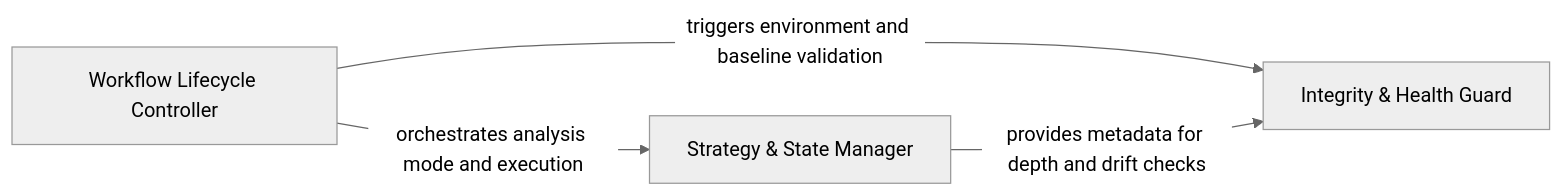
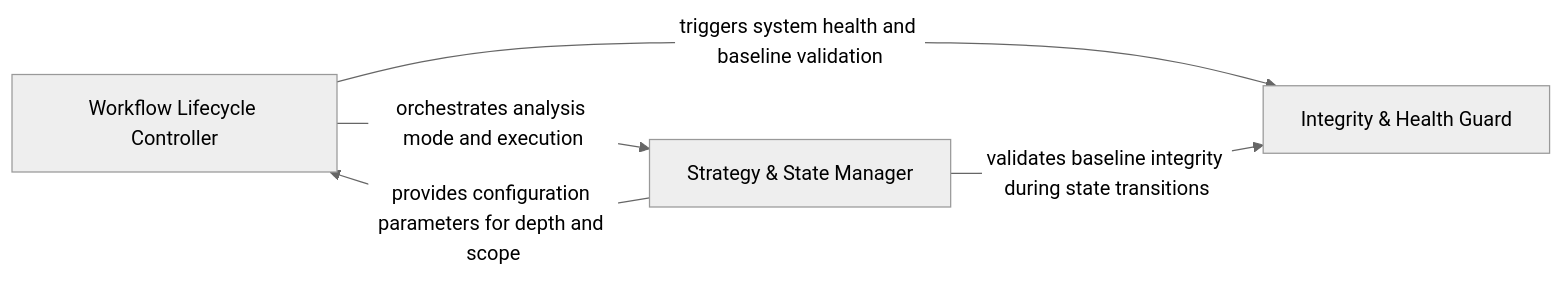
Before and after one commit to CodeBoarding/CodeBoarding-action: the diagram in .codeboarding/Analysis_Orchestrator.md, drawn with Mermaid (neutral theme). The commit also changed other lines of this file and 8 other files, not shown here.

Commit message:
chore(codeboarding): sync architecture baseline

````diff
--- a/.codeboarding/Analysis_Orchestrator.md
+++ b/.codeboarding/Analysis_Orchestrator.md
@@ -1,9 +1,10 @@
 ```mermaid
 graph LR
     Workflow_Lifecycle_Controller["Workflow Lifecycle Controller"]
     Strategy_State_Manager["Strategy & State Manager"]
     Integrity_Health_Guard["Integrity & Health Guard"]
     Workflow_Lifecycle_Controller -- "orchestrates analysis mode and execution" --> Strategy_State_Manager
-    Workflow_Lifecycle_Controller -- "triggers environment and baseline validation" --> Integrity_Health_Guard
-    Strategy_State_Manager -- "provides metadata for depth and drift checks" --> Integrity_Health_Guard
+    Workflow_Lifecycle_Controller -- "triggers system health and baseline validation" --> Integrity_Health_Guard
+    Strategy_State_Manager -- "provides configuration parameters for depth and scope" --> Workflow_Lifecycle_Controller
+    Strategy_State_Manager -- "validates baseline integrity during state transitions" --> Integrity_Health_Guard
 ```
````
